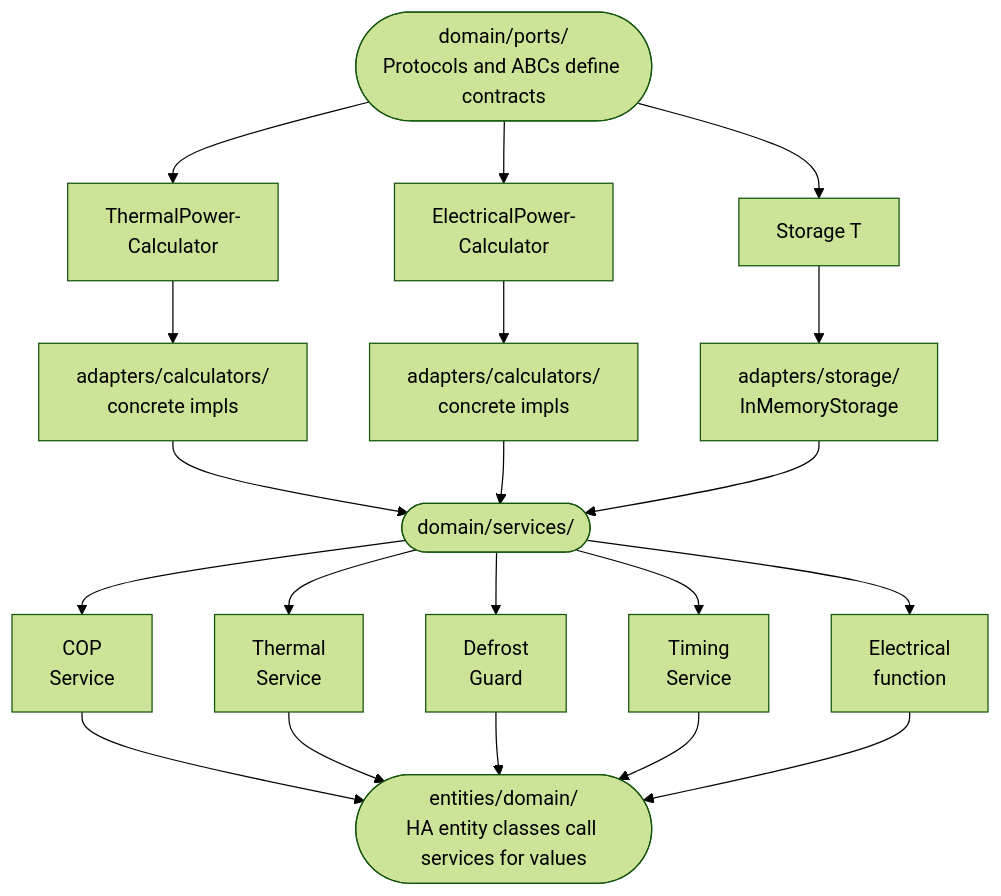
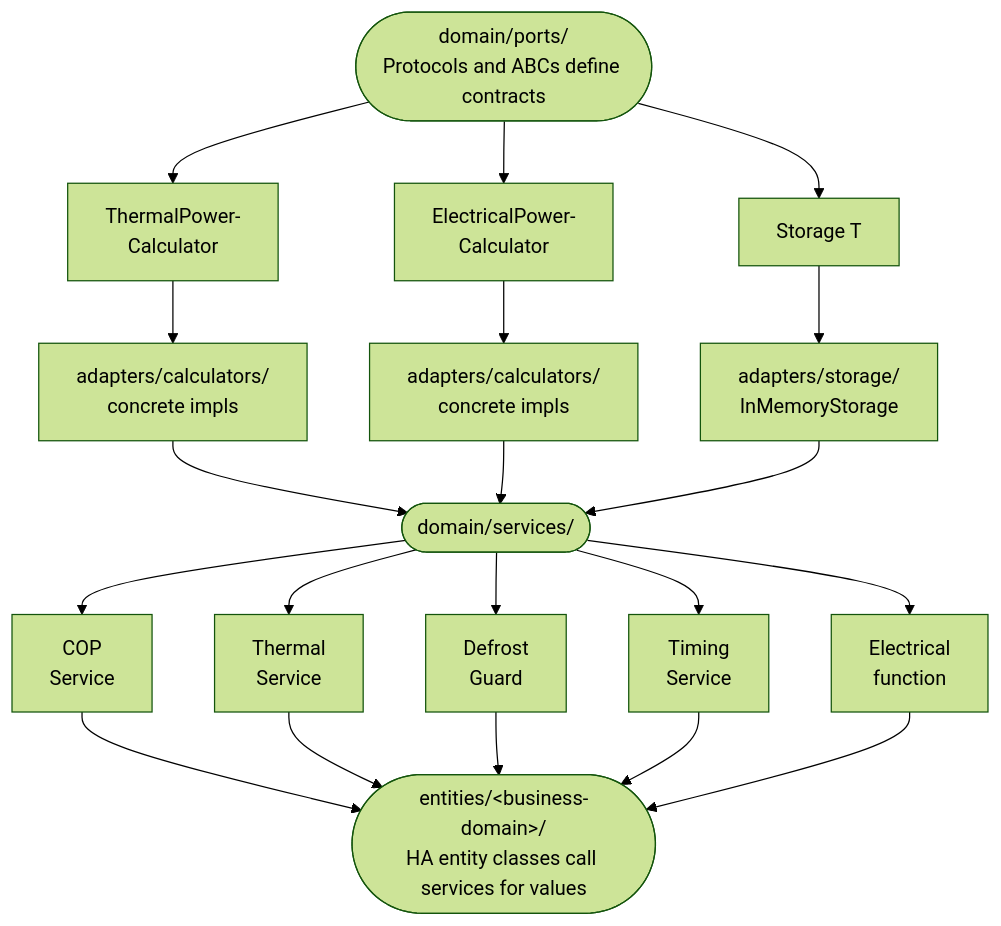
One commit to alepee/hass-hitachi_yutaki changed the diagram in docs/reference/domain-services.md. Above: the diagram before and after it, drawn with Mermaid (forest theme). The commit also changed 21 other files, not shown here.

````diff
--- a/docs/reference/domain-services.md
+++ b/docs/reference/domain-services.md
@@ -243,30 +243,30 @@
 ```mermaid
 graph TD
     PORTS(["domain/ports/<br>Protocols and ABCs define contracts"])
 
     TP["ThermalPower-<br>Calculator"]
     EP["ElectricalPower-<br>Calculator"]
     ST["Storage T"]
 
     ATC["adapters/calculators/<br>concrete impls"]
     AEC["adapters/calculators/<br>concrete impls"]
     AST["adapters/storage/<br>InMemoryStorage"]
 
     SVC(["domain/services/"])
 
     COP["COP<br>Service"]
     THS["Thermal<br>Service"]
     DFG["Defrost<br>Guard"]
     TIM["Timing<br>Service"]
     ELE["Electrical<br>function"]
 
-    ENT(["entities/domain/<br>HA entity classes call services for values"])
+    ENT(["entities/&lt;business-domain&gt;/<br>HA entity classes call services for values"])
 
     PORTS --> TP & EP & ST
     TP --> ATC
     EP --> AEC
     ST --> AST
     ATC & AEC & AST --> SVC
     SVC --> COP & THS & DFG & TIM & ELE
     COP & THS & DFG & TIM & ELE --> ENT
 ```
````
